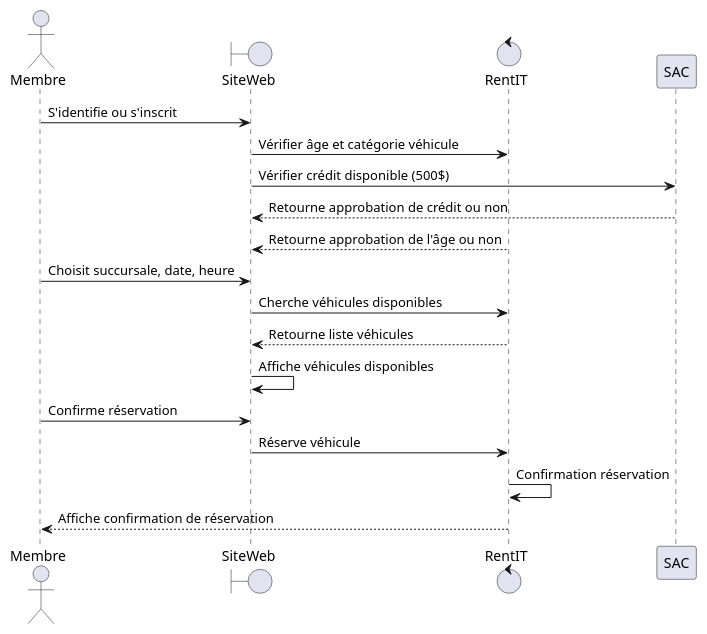
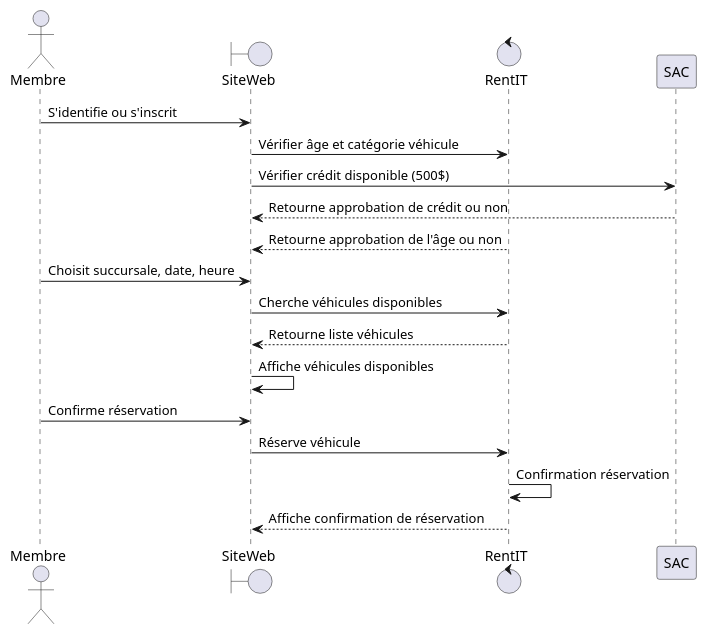
The diagram in diagrame-de-séquence#1.wsd (PapaSam0/1SY-AnalyseObjet-TP01), drawn with PlantUML before and after one commit. The commit also changed 4 other files, not shown here.

```diff
--- a/diagrame-de-séquence#1.wsd
+++ b/diagrame-de-séquence#1.wsd
@@ -1,20 +1,20 @@
 @startuml Réserver
 actor Membre
 boundary SiteWeb
 control RentIT
 participant SAC
 
 Membre -> SiteWeb : S'identifie ou s'inscrit
 SiteWeb -> RentIT : Vérifier âge et catégorie véhicule
 SiteWeb -> SAC : Vérifier crédit disponible (500$)
 SAC --> SiteWeb : Retourne approbation de crédit ou non
 RentIT --> SiteWeb : Retourne approbation de l'âge ou non
 Membre -> SiteWeb : Choisit succursale, date, heure
 SiteWeb -> RentIT : Cherche véhicules disponibles
 RentIT --> SiteWeb : Retourne liste véhicules
 SiteWeb -> SiteWeb : Affiche véhicules disponibles
 Membre -> SiteWeb : Confirme réservation
 SiteWeb -> RentIT : Réserve véhicule
 RentIT -> RentIT : Confirmation réservation
-RentIT --> Membre : Affiche confirmation de réservation
+RentIT --> SiteWeb : Affiche confirmation de réservation
 @enduml
```
